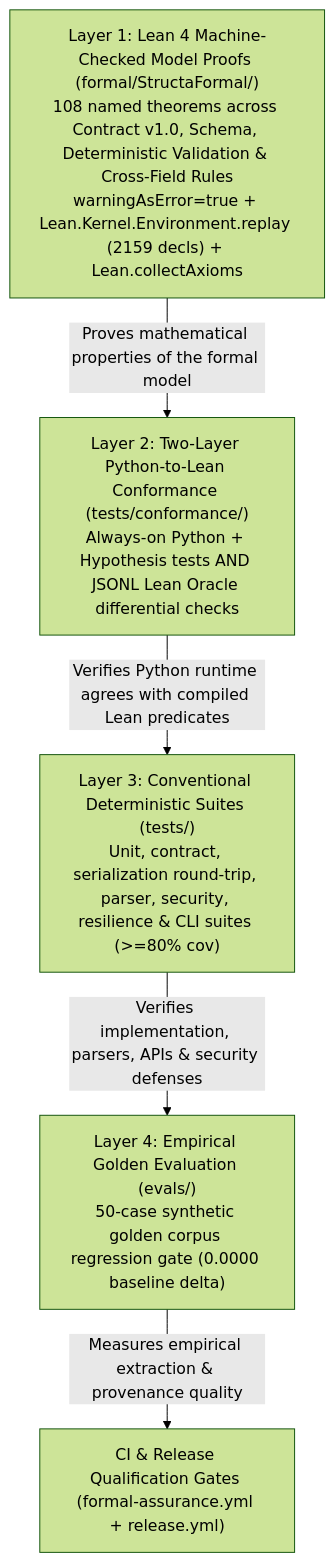
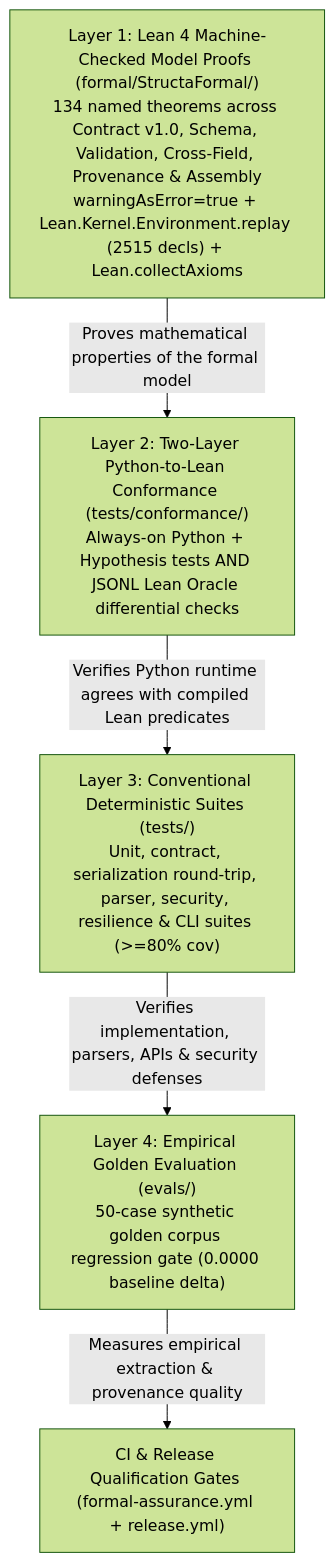
Before and after one commit to ivnmoreno/structa-maestro: the diagram in docs/formal-assurance.md, drawn with Mermaid (forest theme). The commit also changed other lines of this file and 12 other files, not shown here.

First line of the commit message:
feat(formal): add Lean 4 provenance association and result assembly proofs

````diff
--- a/docs/formal-assurance.md
+++ b/docs/formal-assurance.md
@@ -12,12 +12,12 @@
 ```mermaid
 flowchart TD
-    L1["Layer 1: Lean 4 Machine-Checked Model Proofs (formal/StructaFormal/)\n108 named theorems across Contract v1.0, Schema, Deterministic Validation & Cross-Field Rules\nwarningAsError=true + Lean.Kernel.Environment.replay (2159 decls) + Lean.collectAxioms"]
+    L1["Layer 1: Lean 4 Machine-Checked Model Proofs (formal/StructaFormal/)\n134 named theorems across Contract v1.0, Schema, Validation, Cross-Field, Provenance & Assembly\nwarningAsError=true + Lean.Kernel.Environment.replay (2515 decls) + Lean.collectAxioms"]
     L2["Layer 2: Two-Layer Python-to-Lean Conformance (tests/conformance/)\nAlways-on Python + Hypothesis tests AND JSONL Lean Oracle differential checks"]
     L3["Layer 3: Conventional Deterministic Suites (tests/)\nUnit, contract, serialization round-trip, parser, security, resilience & CLI suites (>=80% cov)"]
     L4["Layer 4: Empirical Golden Evaluation (evals/)\n50-case synthetic golden corpus regression gate (0.0000 baseline delta)"]
 
     L1 -->|"Proves mathematical properties of the formal model"| L2
     L2 -->|"Verifies Python runtime agrees with compiled Lean predicates"| L3
     L3 -->|"Verifies implementation, parsers, APIs & security defenses"| L4
     L4 -->|"Measures empirical extraction & provenance quality"| Release["CI & Release Qualification Gates (formal-assurance.yml + release.yml)"]
 ```
````
